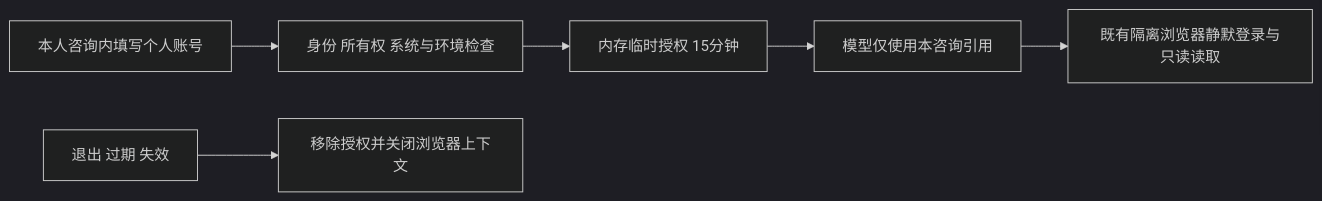
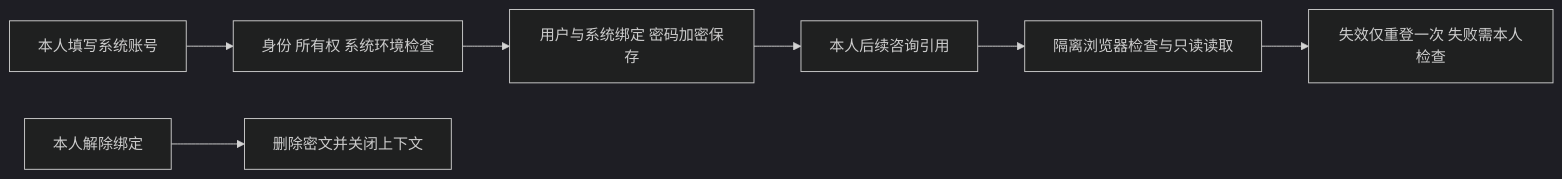
One commit to exception-coder/kai-toolbox changed diagram 46 of 50 in docs/ai-coding-architecture.md. Above: the diagram before and after it, drawn with Mermaid (dark theme). The commit also changed other lines of this file and 18 other files, not shown here.

````diff
--- a/docs/ai-coding-architecture.md
+++ b/docs/ai-coding-architecture.md
@@ -1179,8 +1181,9 @@
 ```mermaid
 flowchart LR
-  U[本人咨询内填写个人账号] --> A[身份 所有权 系统与环境检查]
-  A --> M[内存临时授权 15分钟]
-  M --> R[模型仅使用本咨询引用]
-  R --> W[既有隔离浏览器静默登录与只读读取]
-  X[退出 过期 失效] --> C[移除授权并关闭浏览器上下文]
+  U[本人填写系统账号] --> A[身份 所有权 系统环境检查]
+  A --> M[用户与系统绑定 密码加密保存]
+  M --> R[本人后续咨询引用]
+  R --> W[隔离浏览器检查与只读读取]
+  W --> E[失效仅重登一次 失败需本人检查]
+  X[本人解除绑定] --> C[删除密文并关闭上下文]
 ```
````
